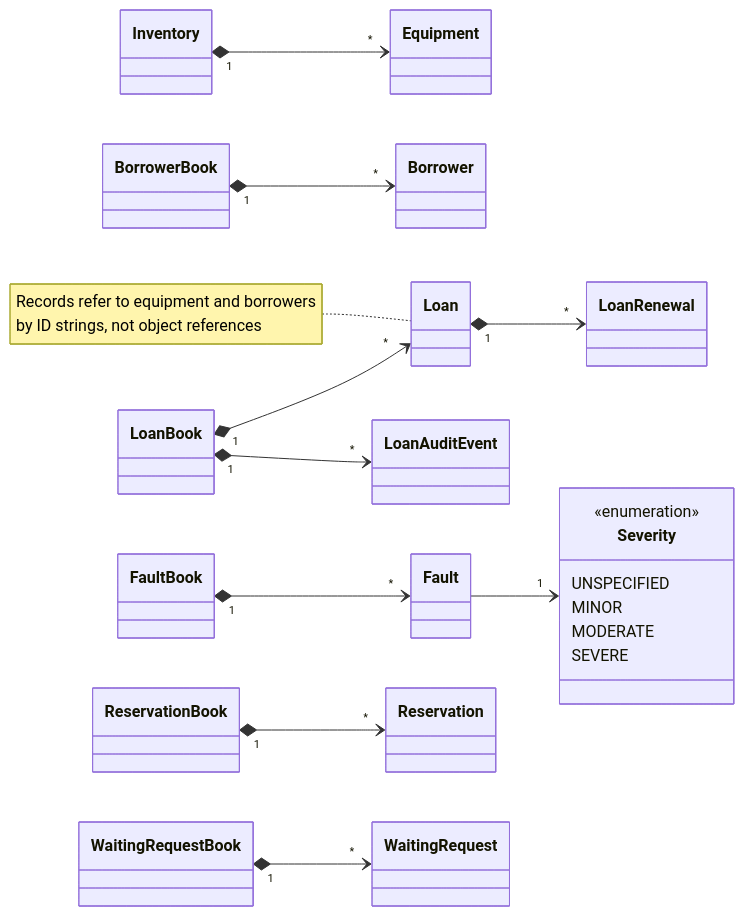
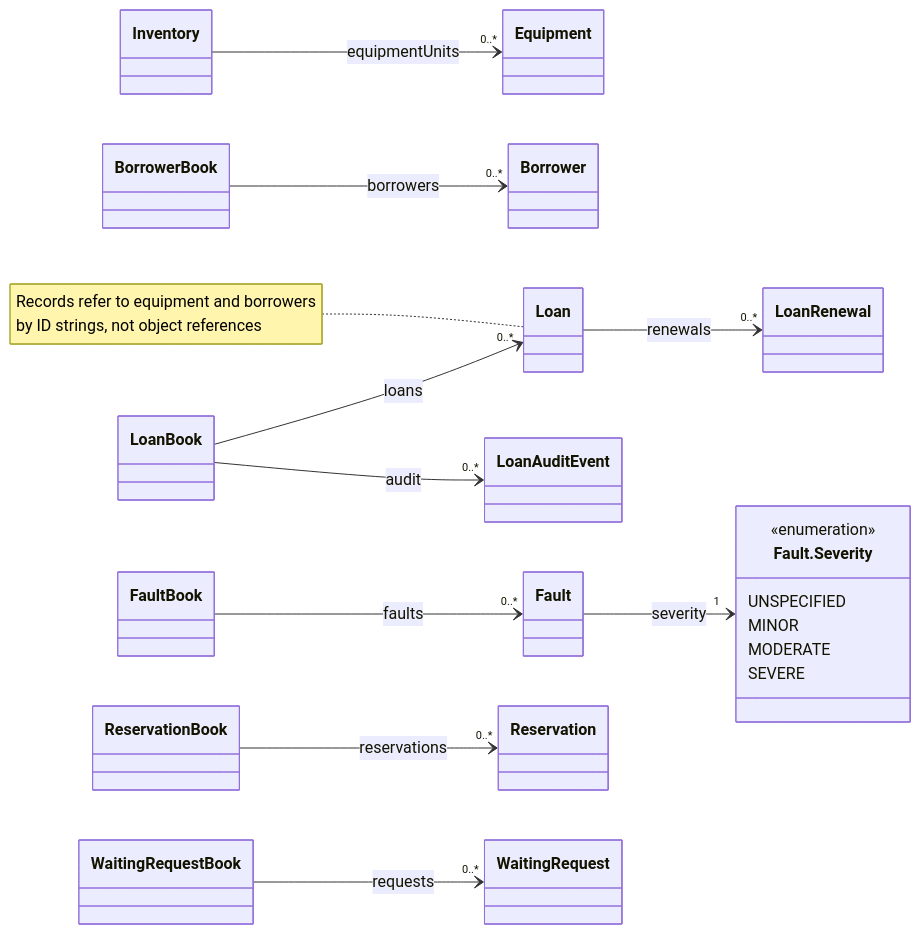
One commit to AY2627S1-CS2113-W13-3/tp changed the third of 16 diagrams in docs/DeveloperGuide.md. Above: the diagram before and after it, drawn with Mermaid. The commit also changed other lines of this file, not shown here.

First line of the commit message:
Docs: Standardise developer guide class diagrams

````diff
--- a/docs/DeveloperGuide.md
+++ b/docs/DeveloperGuide.md
@@ -227,21 +243,21 @@
 ```mermaid
 classDiagram
     direction LR
-    Inventory "1" *--> "*" Equipment
-    BorrowerBook "1" *--> "*" Borrower
-    LoanBook "1" *--> "*" Loan
-    LoanBook "1" *--> "*" LoanAuditEvent
-    Loan "1" *--> "*" LoanRenewal
-    FaultBook "1" *--> "*" Fault
-    Fault --> "1" Severity
-    ReservationBook "1" *--> "*" Reservation
-    WaitingRequestBook "1" *--> "*" WaitingRequest
-    class Severity {
+    Inventory --> "0..*" Equipment : equipmentUnits
+    BorrowerBook --> "0..*" Borrower : borrowers
+    LoanBook --> "0..*" Loan : loans
+    LoanBook --> "0..*" LoanAuditEvent : audit
+    Loan --> "0..*" LoanRenewal : renewals
+    FaultBook --> "0..*" Fault : faults
+    Fault --> "1" Severity : severity
+    ReservationBook --> "0..*" Reservation : reservations
+    WaitingRequestBook --> "0..*" WaitingRequest : requests
+    class Severity["Fault.Severity"] {
         <<enumeration>>
         UNSPECIFIED
         MINOR
         MODERATE
         SEVERE
     }
     note for Loan "Records refer to equipment and borrowers<br/>by ID strings, not object references"
 ```
````
